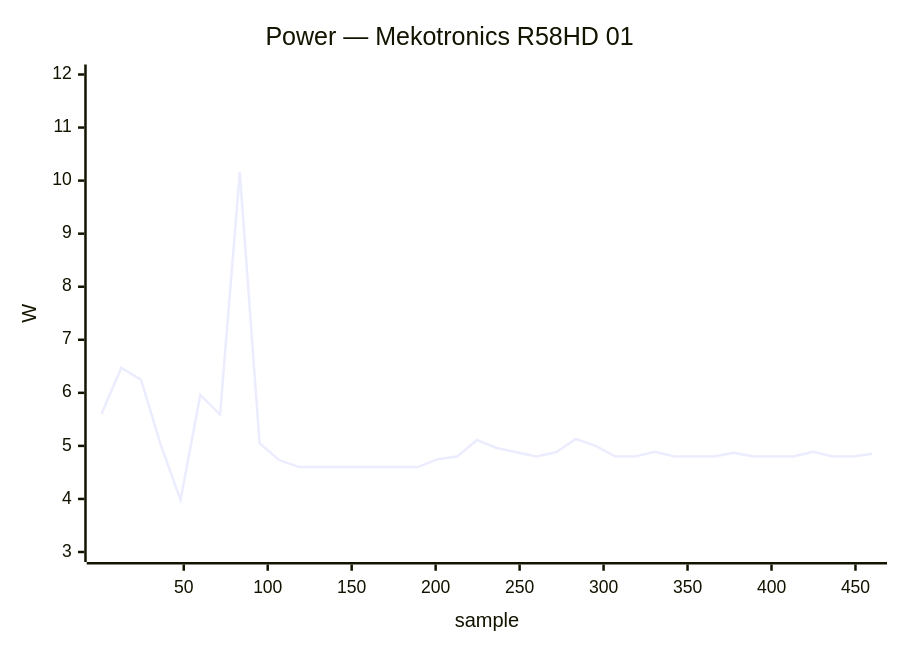
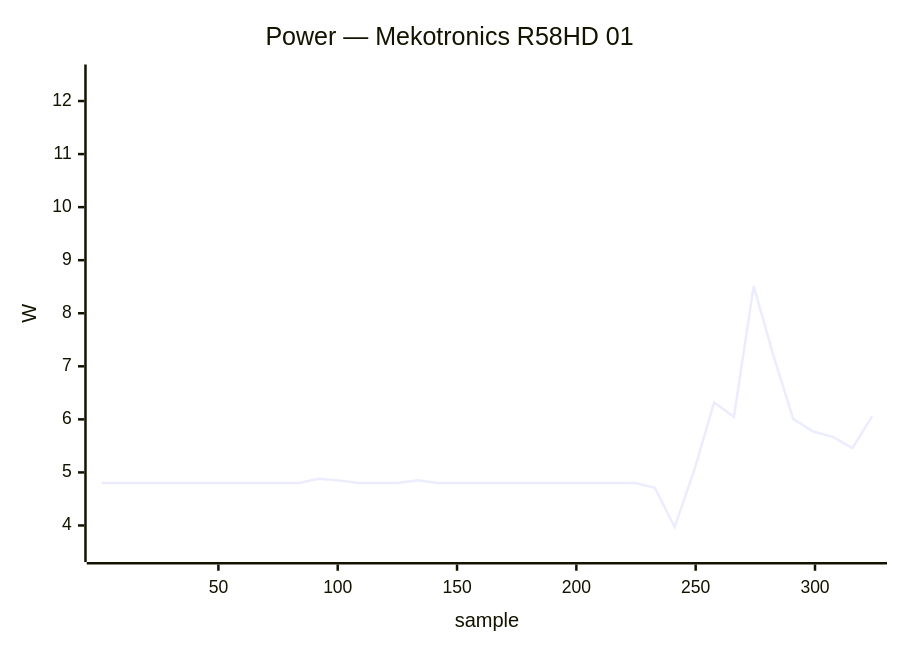
One commit to armbian/documentation changed diagram 15 of 41 in docs/status/board-tests.md. Above: the diagram before and after it, drawn with Mermaid. The commit also changed other lines of this file, not shown here.

````diff
--- a/docs/status/board-tests.md
+++ b/docs/status/board-tests.md
@@ -796,7 +724,7 @@
 ```mermaid
 xychart-beta
     title "Power — Mekotronics R58HD 01"
-    x-axis "sample" 1 --> 460
-    y-axis "W" 3.0 --> 12.0
-    line [5.60, 6.47, 6.25, 5.02, 3.98, 5.96, 5.59, 10.16, 5.05, 4.73, 4.60, 4.60, 4.60, 4.60, 4.60, 4.60, 4.60, 4.75, 4.80, 5.11, 4.96, 4.88, 4.80, 4.88, 5.13, 5.00, 4.80, 4.80, 4.89, 4.80, 4.80, 4.80, 4.87, 4.80, 4.80, 4.80, 4.89, 4.80, 4.80, 4.85]
+    x-axis "sample" 1 --> 324
+    y-axis "W" 3.5 --> 12.5
+    line [4.80, 4.80, 4.80, 4.80, 4.80, 4.80, 4.80, 4.80, 4.80, 4.80, 4.80, 4.88, 4.85, 4.80, 4.80, 4.80, 4.85, 4.80, 4.80, 4.80, 4.80, 4.80, 4.80, 4.80, 4.80, 4.80, 4.80, 4.80, 4.71, 3.97, 5.05, 6.32, 6.05, 8.51, 7.20, 6.01, 5.77, 5.67, 5.46, 6.06]
 ```
````
